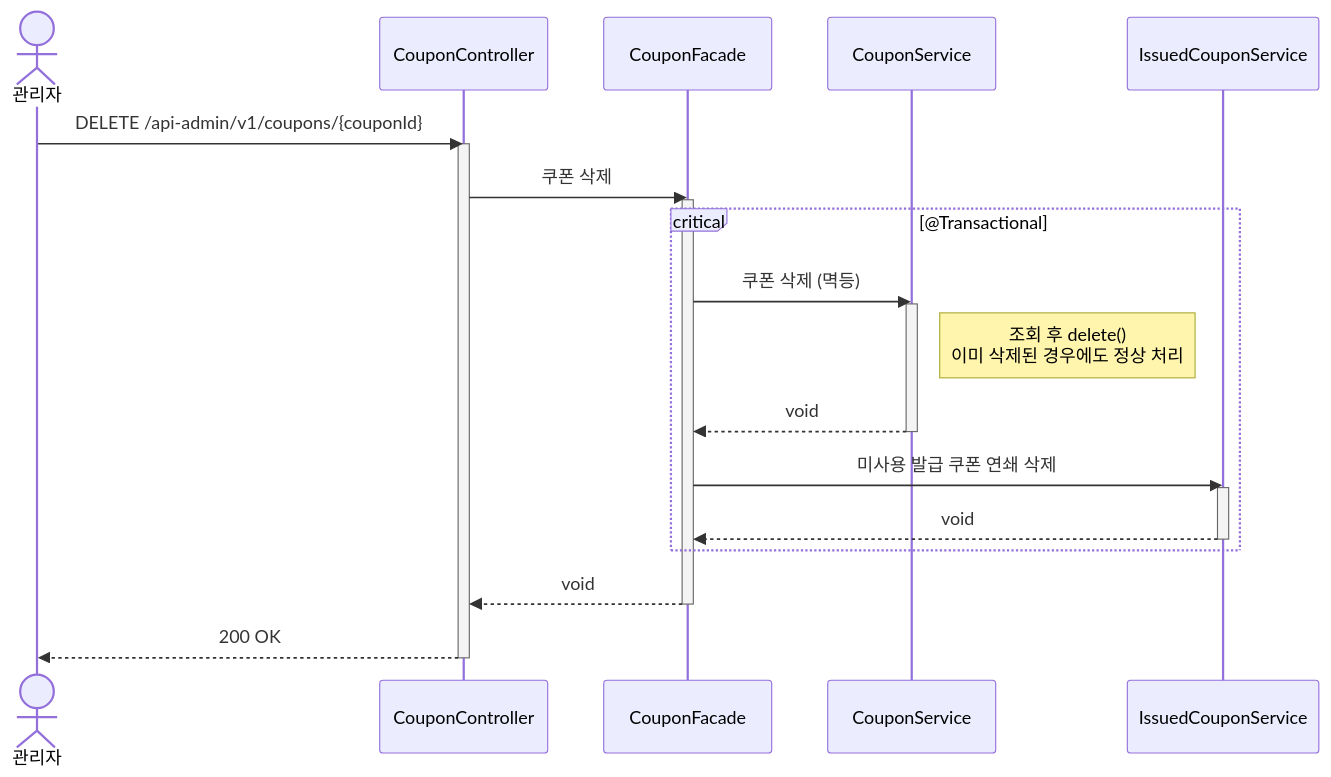
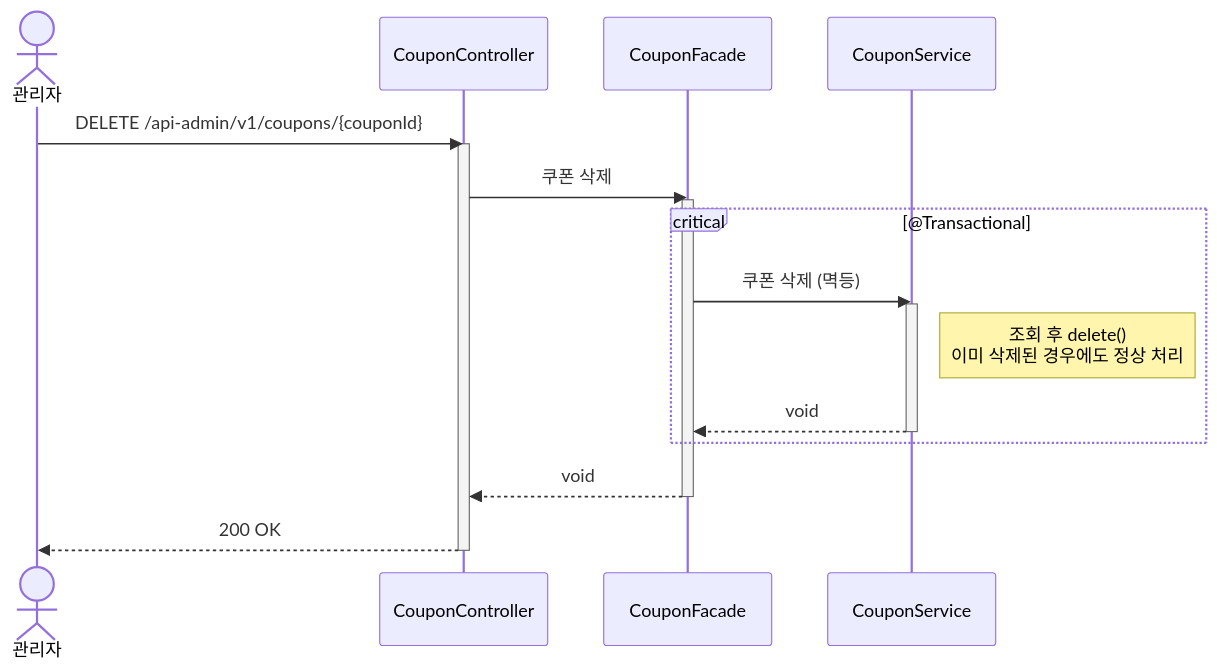
One commit to Loopers-dev-lab/loop-pack-be-l2-vol3-java changed the diagram in docs/design/coupon/sequences/003-coupon-delete.md. Above: the diagram before and after it, drawn with Mermaid. The commit also changed other lines of this file and 9 other files, not shown here.

````diff
--- a/docs/design/coupon/sequences/003-coupon-delete.md
+++ b/docs/design/coupon/sequences/003-coupon-delete.md
@@ -8,31 +8,25 @@
 ```mermaid
 sequenceDiagram
     actor 관리자
     participant CC as CouponController
     participant CF as CouponFacade
     participant CS as CouponService
-    participant ICS as IssuedCouponService
 
     관리자->>CC: DELETE /api-admin/v1/coupons/{couponId}
     activate CC
     CC->>CF: 쿠폰 삭제
     activate CF
 
     critical @Transactional
         CF->>CS: 쿠폰 삭제 (멱등)
         activate CS
         Note right of CS: 조회 후 delete()<br/>이미 삭제된 경우에도 정상 처리
         CS-->>CF: void
         deactivate CS
-
-        CF->>ICS: 미사용 발급 쿠폰 연쇄 삭제
-        activate ICS
-        ICS-->>CF: void
-        deactivate ICS
     end
 
     CF-->>CC: void
     deactivate CF
     CC-->>관리자: 200 OK
     deactivate CC
 ```
````
